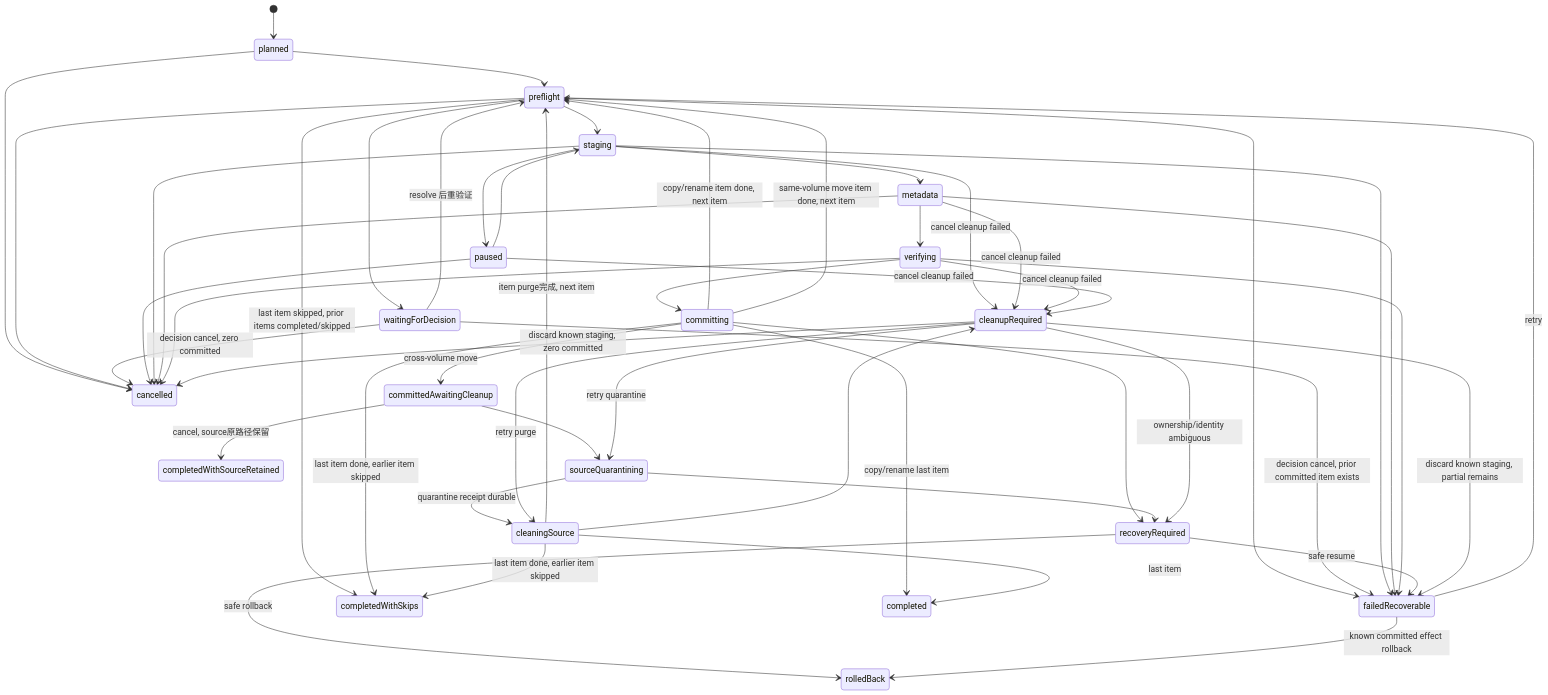
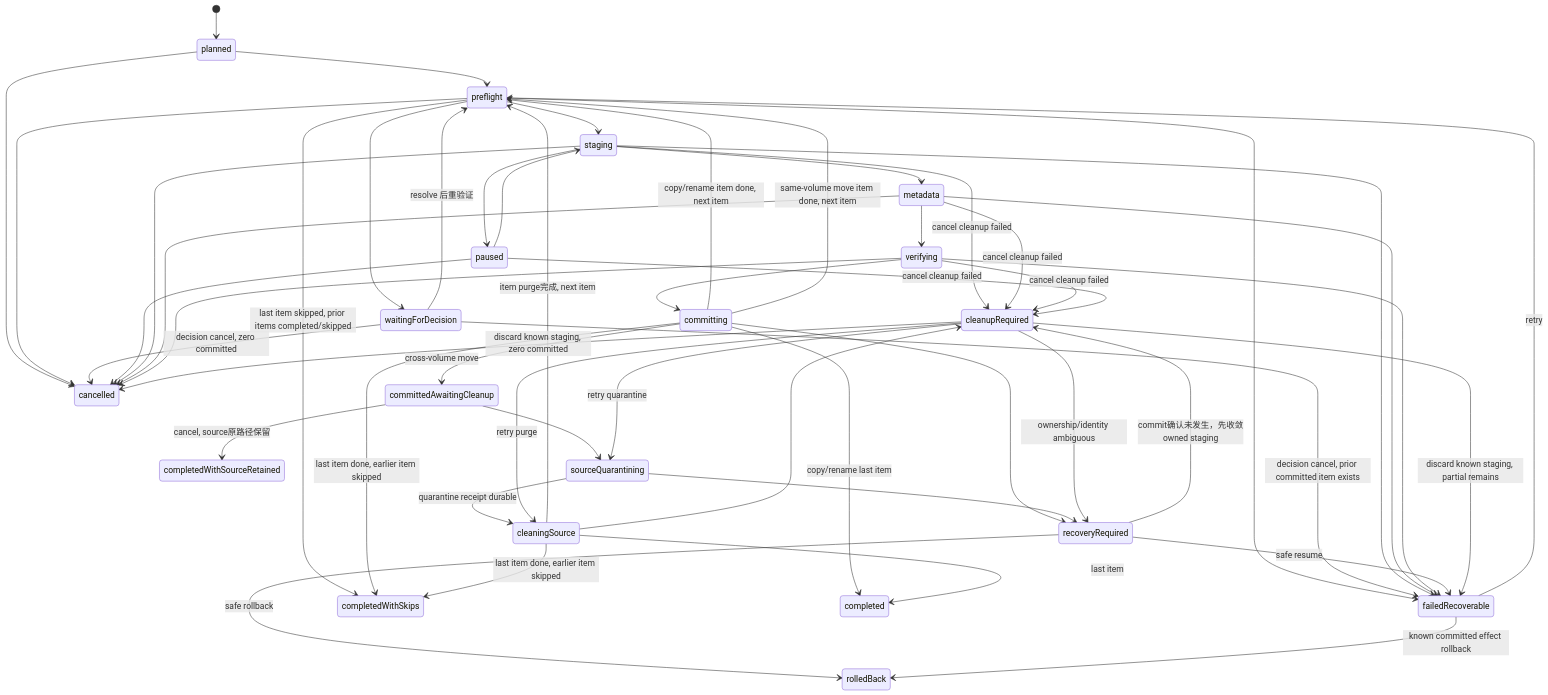
One commit to chang-07/rascal changed the second of 4 diagrams in openspec/changes/add-transactional-file-operation-core/design.md. Above: the diagram before and after it, drawn with Mermaid. The commit also changed other lines of this file and 16 other files, not shown here.

````diff
--- a/openspec/changes/add-transactional-file-operation-core/design.md
+++ b/openspec/changes/add-transactional-file-operation-core/design.md
@@ -368,53 +374,54 @@
 ```mermaid
 stateDiagram-v2
     [*] --> planned
     planned --> preflight
     planned --> cancelled
     preflight --> waitingForDecision
     preflight --> staging
     preflight --> failedRecoverable
     preflight --> cancelled
     preflight --> completedWithSkips: last item skipped, prior items completed/skipped
     waitingForDecision --> preflight: resolve 后重验证
     waitingForDecision --> cancelled: decision cancel, zero committed
     waitingForDecision --> failedRecoverable: decision cancel, prior committed item exists
     staging --> paused
     paused --> staging
     paused --> cancelled
     staging --> metadata
     staging --> failedRecoverable
     staging --> cancelled
     staging --> cleanupRequired: cancel cleanup failed
     metadata --> verifying
     metadata --> failedRecoverable
     metadata --> cancelled
     metadata --> cleanupRequired: cancel cleanup failed
     verifying --> committing
     verifying --> failedRecoverable
     verifying --> cancelled
     verifying --> cleanupRequired: cancel cleanup failed
     paused --> cleanupRequired: cancel cleanup failed
     committing --> preflight: copy/rename item done, next item
     committing --> completed: copy/rename last item
     committing --> completedWithSkips: last item done, earlier item skipped
     committing --> committedAwaitingCleanup: cross-volume move
     committing --> preflight: same-volume move item done, next item
     committing --> recoveryRequired
     committedAwaitingCleanup --> completedWithSourceRetained: cancel, source原路径保留
     committedAwaitingCleanup --> sourceQuarantining
     sourceQuarantining --> cleaningSource: quarantine receipt durable
     sourceQuarantining --> recoveryRequired
     cleaningSource --> preflight: item purge完成, next item
     cleaningSource --> completed: last item
     cleaningSource --> completedWithSkips: last item done, earlier item skipped
     cleaningSource --> cleanupRequired
     failedRecoverable --> preflight: retry
     recoveryRequired --> rolledBack: safe rollback
     recoveryRequired --> failedRecoverable: safe resume
+    recoveryRequired --> cleanupRequired: commit确认未发生，先收敛owned staging
     failedRecoverable --> rolledBack: known committed effect rollback
     cleanupRequired --> sourceQuarantining: retry quarantine
     cleanupRequired --> cleaningSource: retry purge
     cleanupRequired --> cancelled: discard known staging, zero committed
     cleanupRequired --> failedRecoverable: discard known staging, partial remains
     cleanupRequired --> recoveryRequired: ownership/identity ambiguous
 ```
````
